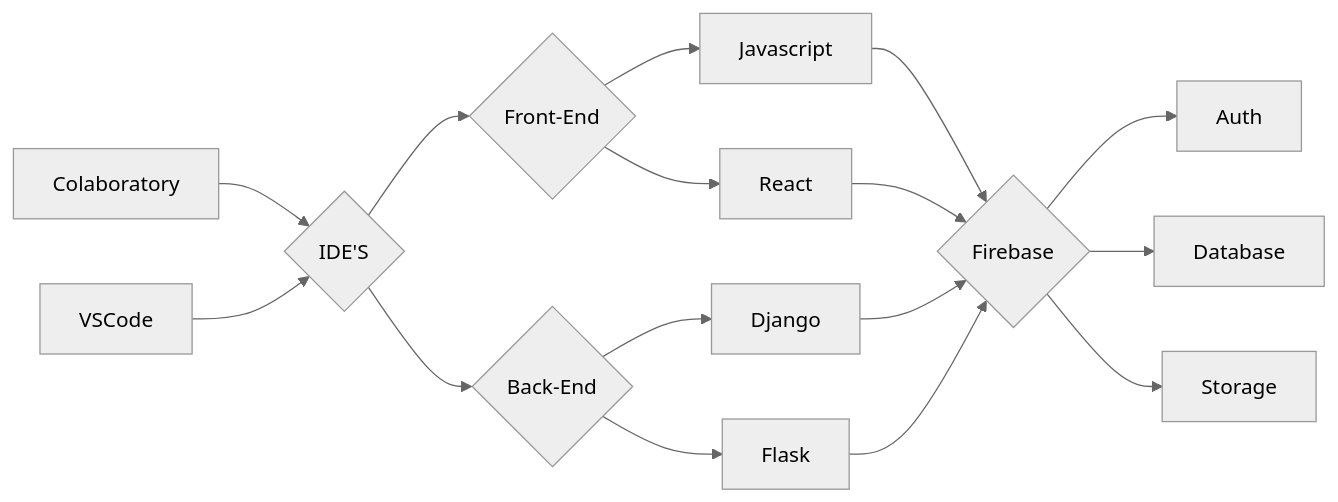
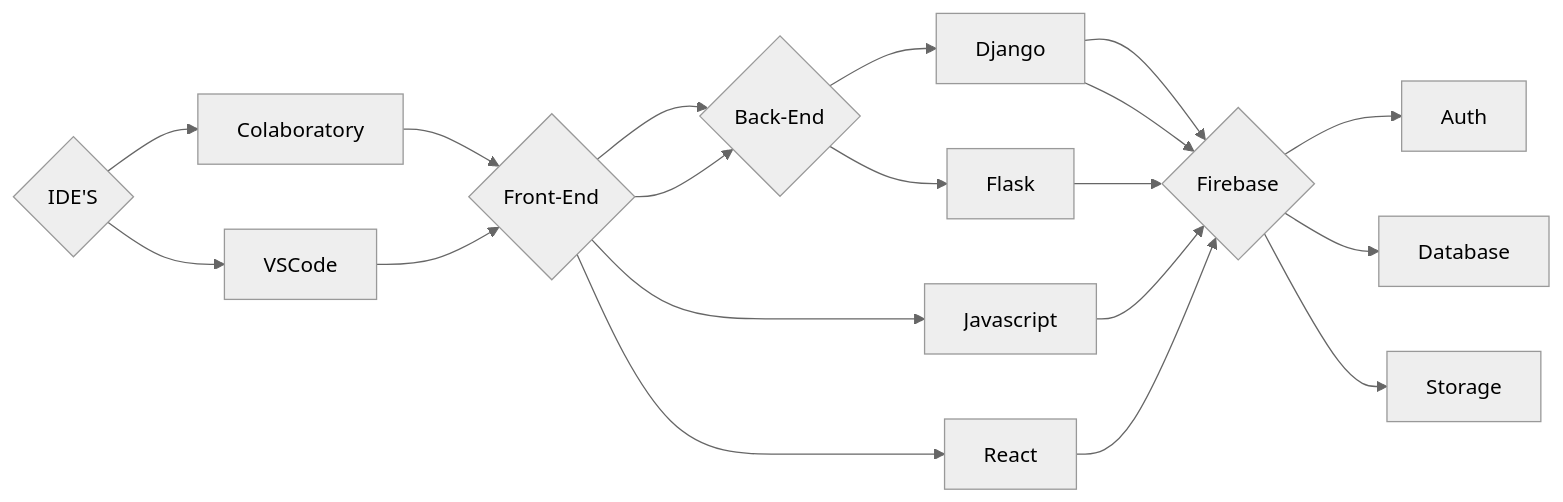
One commit to SauloCandeira/SauloCandeira changed the first of 2 diagrams in README.md. Above: the diagram before and after it, drawn with Mermaid (neutral theme).

````diff
--- a/README.md
+++ b/README.md
@@ -60,20 +60,22 @@
 ```mermaid
 flowchart LR
 
-K[Colaboratory] --> Z{IDE'S}
-L[VSCode] --> Z{IDE'S}
+K[Colaboratory] --> A{Front-End} --> B{Back-End}
+L[VSCode] --> A{Front-End} --> B{Back-End}
 
-Z{IDE'S} --> A[Front-End]
-Z  --> B
+G[Django] --> C{Firebase}
+
+Z{IDE'S} --> K[Colaboratory]
+Z  --> L
 
 A{Front-End} --> I[Javascript] --> C{Firebase}
 A{Front-End} --> J[React] --> C{Firebase}
 
 B{Back-End} --> G[Django] --> C{Firebase}
 B{Back-End} --> H[Flask] --> C{Firebase}
 
 
 C --> D[Auth]
 C --> E[Database]
 C --> F[Storage]
 ```
````
